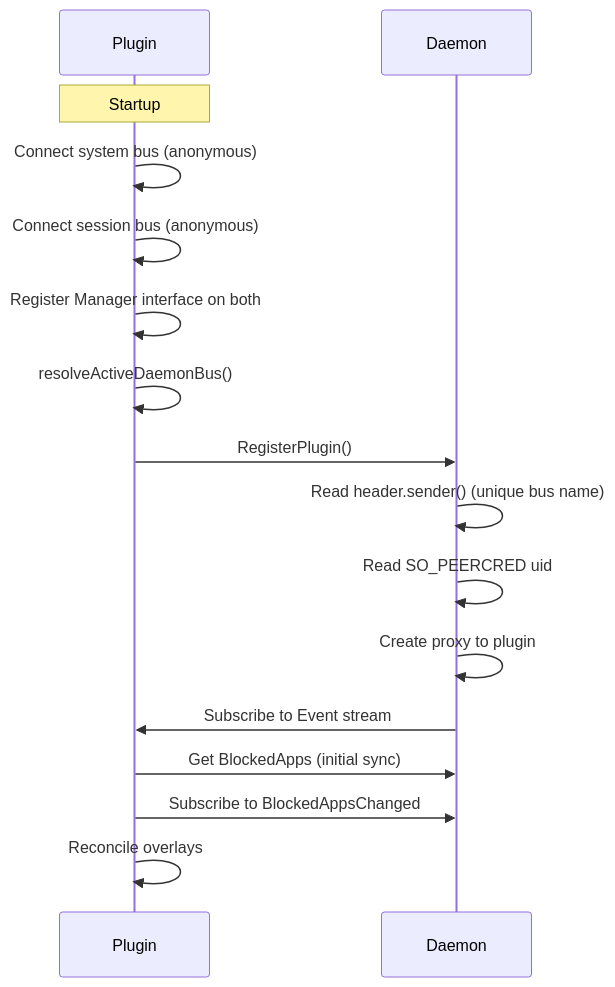
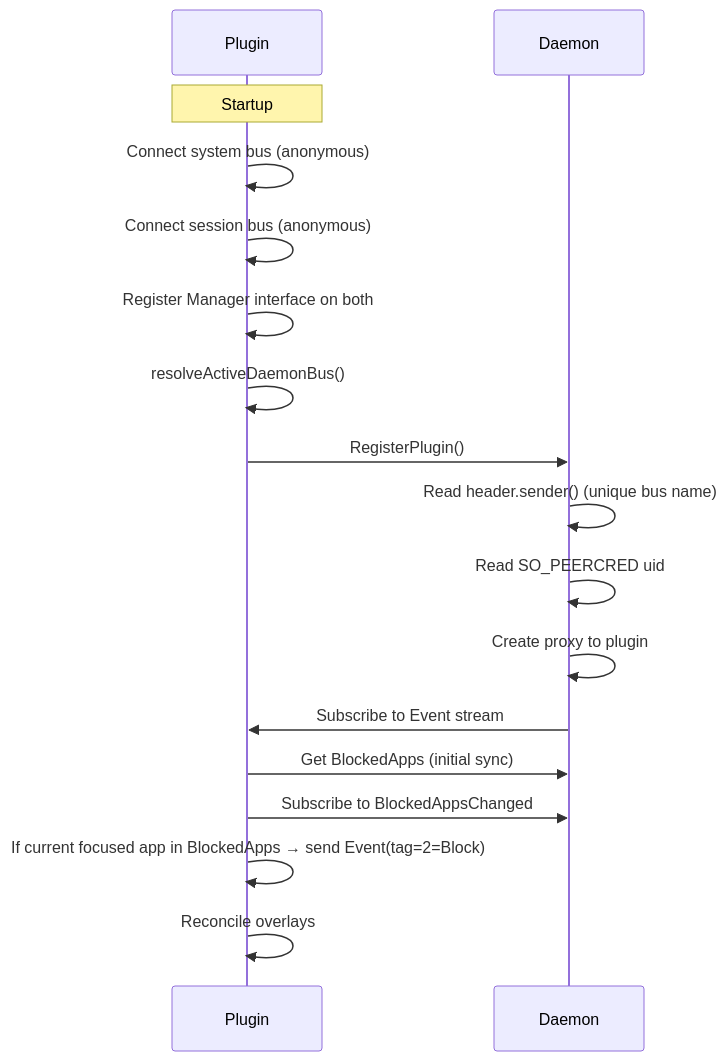
Before and after one commit to omar-khallaf/digital-wellbeing: the eighth of 11 diagrams in docs/architecture/04-plugin-ipc.md, drawn with Mermaid. The commit also changed other lines of this file and 132 other files, not shown here.

````diff
--- a/docs/architecture/04-plugin-ipc.md
+++ b/docs/architecture/04-plugin-ipc.md
@@ -237,21 +237,22 @@
 ```mermaid
 sequenceDiagram
     participant P as Plugin
     participant D as Daemon
 
     Note over P: Startup
     P->>P: Connect system bus (anonymous)
     P->>P: Connect session bus (anonymous)
     P->>P: Register Manager interface on both
     P->>P: resolveActiveDaemonBus()
     P->>D: RegisterPlugin()
 
     D->>D: Read header.sender() (unique bus name)
     D->>D: Read SO_PEERCRED uid
     D->>D: Create proxy to plugin
     D->>P: Subscribe to Event stream
 
     P->>D: Get BlockedApps (initial sync)
     P->>D: Subscribe to BlockedAppsChanged
+    P->>P: If current focused app in BlockedApps → send Event(tag=2=Block)
     P->>P: Reconcile overlays
 ```
````
